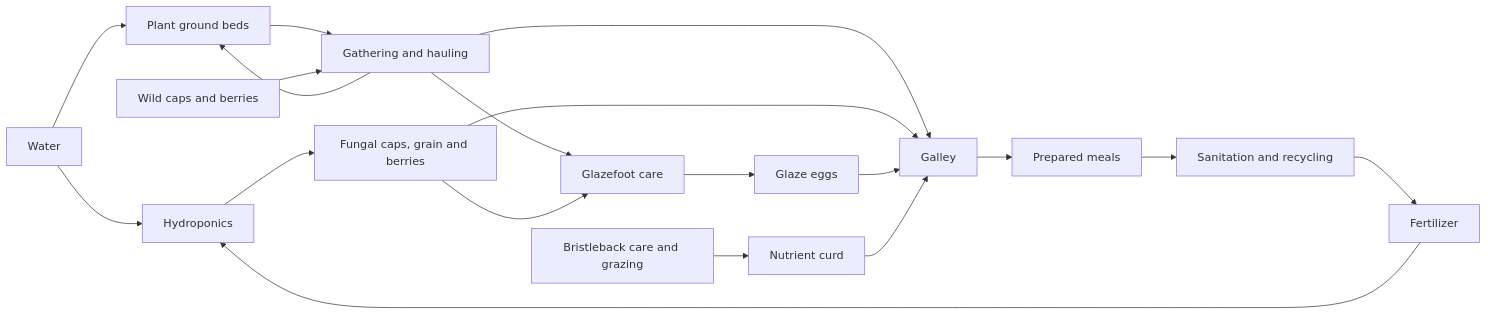
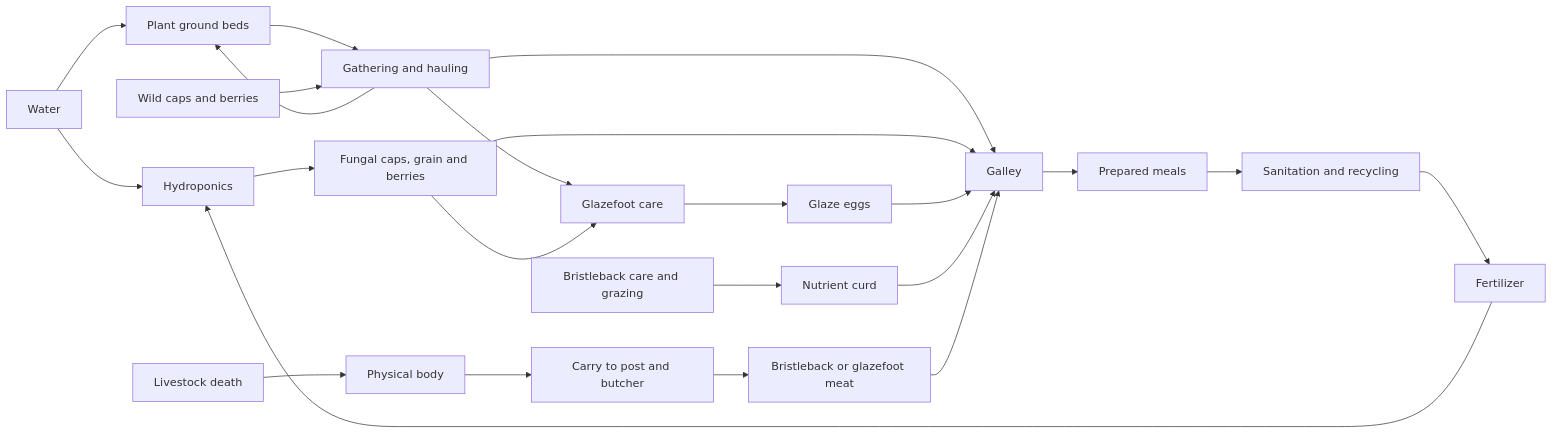
One commit to Jaredcastorena/spacefortress changed the diagram in docs/food-and-ecology.md. Above: the diagram before and after it, drawn with Mermaid. The commit also changed other lines of this file and 41 other files, not shown here.

````diff
--- a/docs/food-and-ecology.md
+++ b/docs/food-and-ecology.md
@@ -9,21 +9,25 @@
 ```mermaid
 flowchart LR
   W[Water] --> F[Hydroponics]
   H --> P[Plant ground beds]
   W --> P
   P --> H
   N[Fertilizer] --> F
   F --> G[Fungal caps, grain and berries]
   V[Wild caps and berries] --> H[Gathering and hauling]
   H --> A[Glazefoot care]
   H --> K[Galley]
   G --> A
   A --> E[Glaze eggs]
   B[Bristleback care and grazing] --> C[Nutrient curd]
   G --> K[Galley]
   E --> K
   C --> K
+  D[Livestock death] --> R[Physical body]
+  R --> T[Carry to post and butcher]
+  T --> I[Bristleback or glazefoot meat]
+  I --> K
   K --> M[Prepared meals]
   M --> S[Sanitation and recycling]
   S --> N
 ```
````
